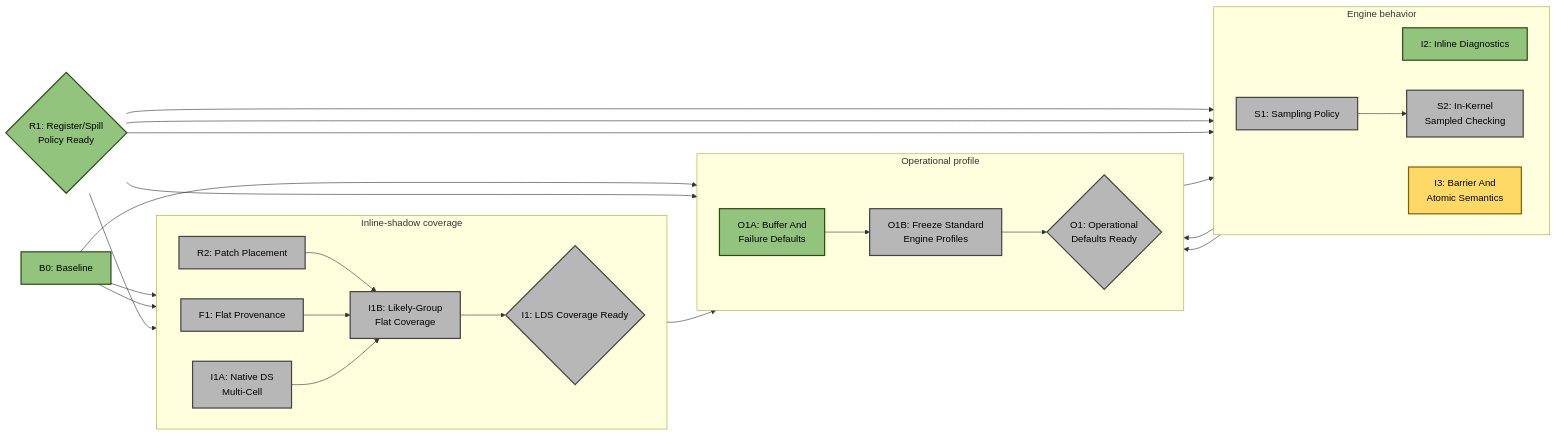
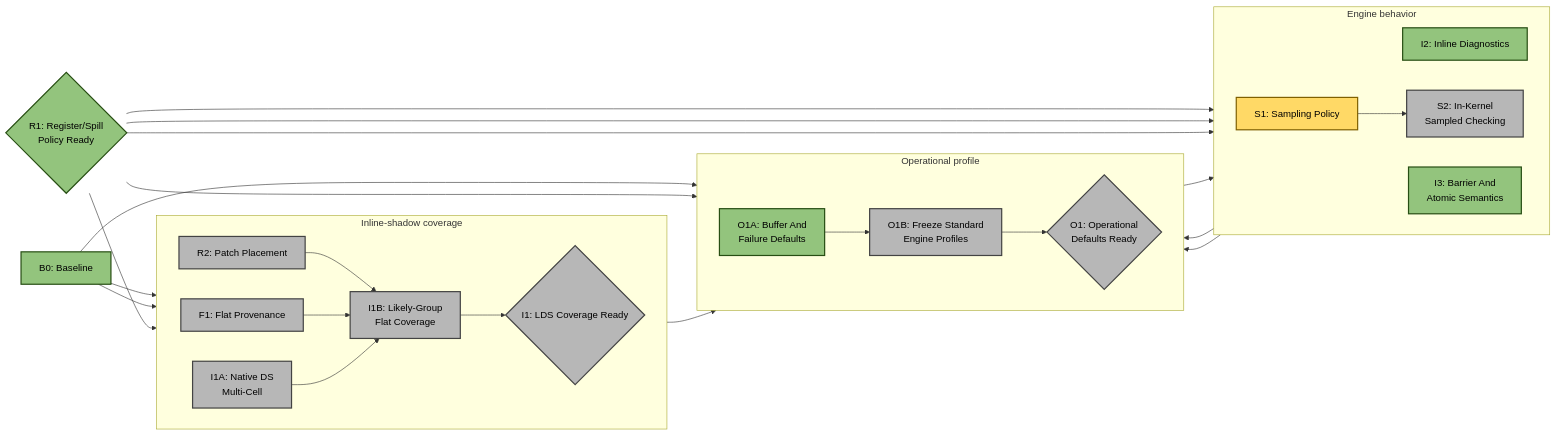
One commit to ROCm/rocm-systems changed the second of 4 diagrams in emulation/rocjitsu/docs/consan/PLAN.md. Above: the diagram before and after it, drawn with Mermaid. The commit also changed other lines of this file and 4 other files, not shown here.

````diff
--- a/emulation/rocjitsu/docs/consan/PLAN.md
+++ b/emulation/rocjitsu/docs/consan/PLAN.md
@@ -120,56 +120,56 @@
 ```mermaid
 flowchart LR
   B0["B0: Baseline"]:::done
   R1{"R1: Register/Spill<br/>Policy Ready"}:::done
 
   subgraph INLINE["Inline-shadow coverage"]
     direction LR
     R2["R2: Patch Placement"]:::todo
     F1["F1: Flat Provenance"]:::todo
     I1A["I1A: Native DS<br/>Multi-Cell"]:::todo
     I1B["I1B: Likely-Group<br/>Flat Coverage"]:::todo
     I1{"I1: LDS Coverage Ready"}:::todo
 
     R2 --> I1B
     F1 --> I1B
     I1A --> I1B
     I1B --> I1
   end
 
   subgraph BEHAVIOR["Engine behavior"]
     direction LR
     I2["I2: Inline Diagnostics"]:::done
-    I3["I3: Barrier And<br/>Atomic Semantics"]:::active
-    S1["S1: Sampling Policy"]:::todo
+    I3["I3: Barrier And<br/>Atomic Semantics"]:::done
+    S1["S1: Sampling Policy"]:::active
     S2["S2: In-Kernel<br/>Sampled Checking"]:::todo
 
     S1 --> S2
   end
 
   subgraph OPS["Operational profile"]
     direction LR
     O1A["O1A: Buffer And<br/>Failure Defaults"]:::done
     O1B["O1B: Freeze Standard<br/>Engine Profiles"]:::todo
     O1{"O1: Operational<br/>Defaults Ready"}:::todo
 
     O1A --> O1B
     O1B --> O1
   end
 
   B0 --> R2
   B0 --> F1
   B0 --> O1A
   R1 --> I1A
   R1 --> I2
   R1 --> I3
   R1 --> S1
   R1 --> O1B
   O1A --> I2
   I1 --> O1B
   I3 --> O1B
   S1 --> O1B
 
   classDef done fill:#93c47d,stroke:#274e13,stroke-width:2px,color:#000;
   classDef active fill:#ffd966,stroke:#7f6000,stroke-width:2px,color:#000;
   classDef todo fill:#b7b7b7,stroke:#434343,stroke-width:2px,color:#000;
 ```
````
